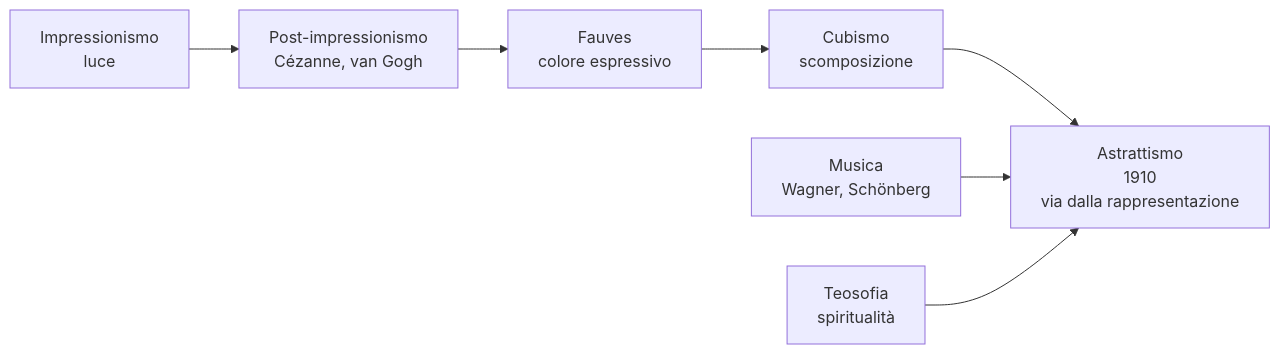
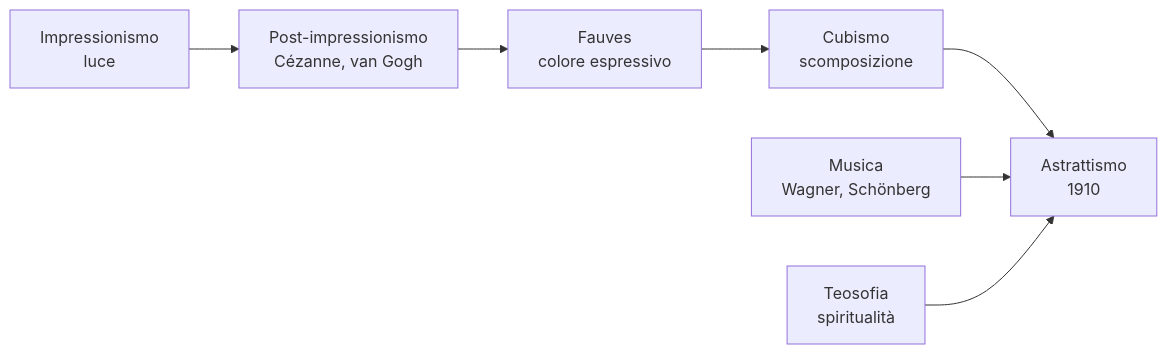
Before and after one commit to nadiadba/nadia-secondbrain: the diagram in docs/arte/avanguardie/astrattismo.md, drawn with Mermaid. The commit also changed other lines of this file and 3 other files, not shown here.

````diff
--- a/docs/arte/avanguardie/astrattismo.md
+++ b/docs/arte/avanguardie/astrattismo.md
@@ -11,9 +11,9 @@
 ```mermaid
 flowchart LR
     A["Impressionismo<br/>luce"] --> B["Post-impressionismo<br/>Cézanne, van Gogh"]
     B --> C["Fauves<br/>colore espressivo"]
     C --> D["Cubismo<br/>scomposizione"]
-    D --> E["Astrattismo<br/>1910<br/>via dalla rappresentazione"]
+    D --> E["Astrattismo<br/>1910"]
     F["Musica<br/>Wagner, Schönberg"] --> E
     G["Teosofia<br/>spiritualità"] --> E
 ```
````
